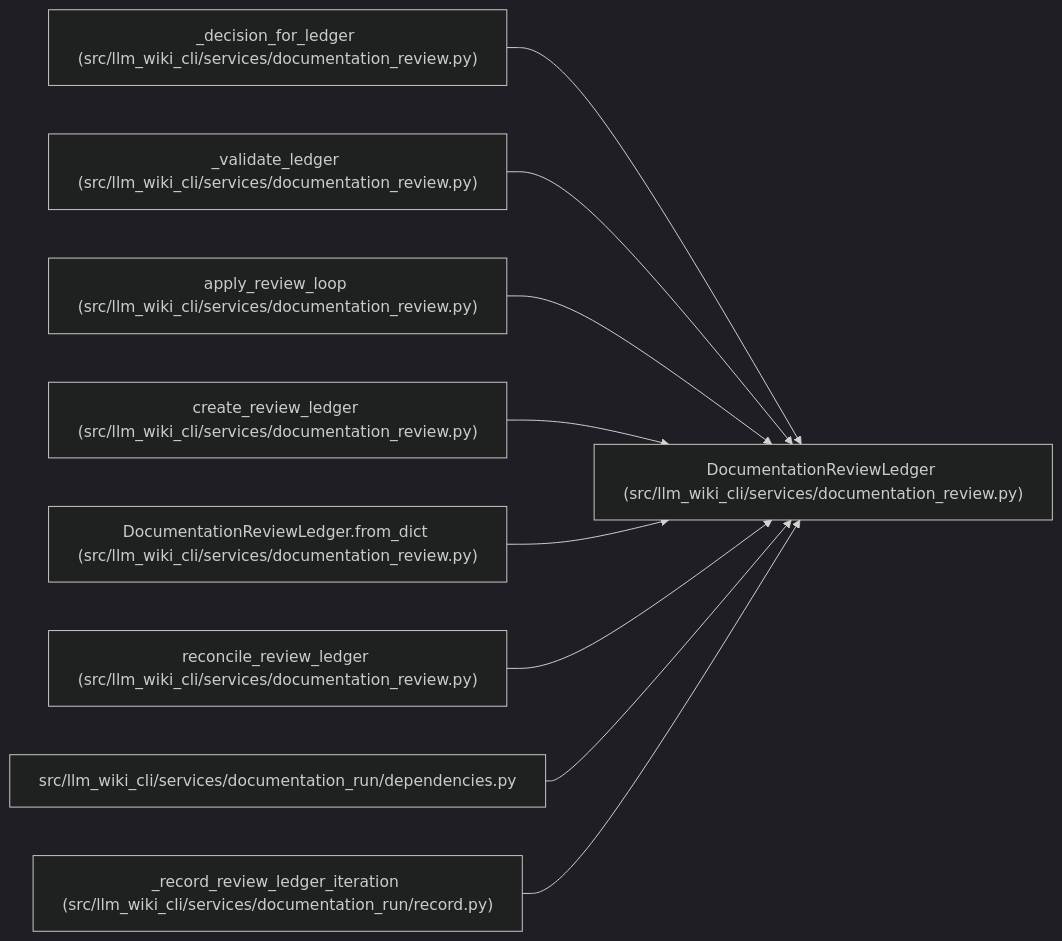
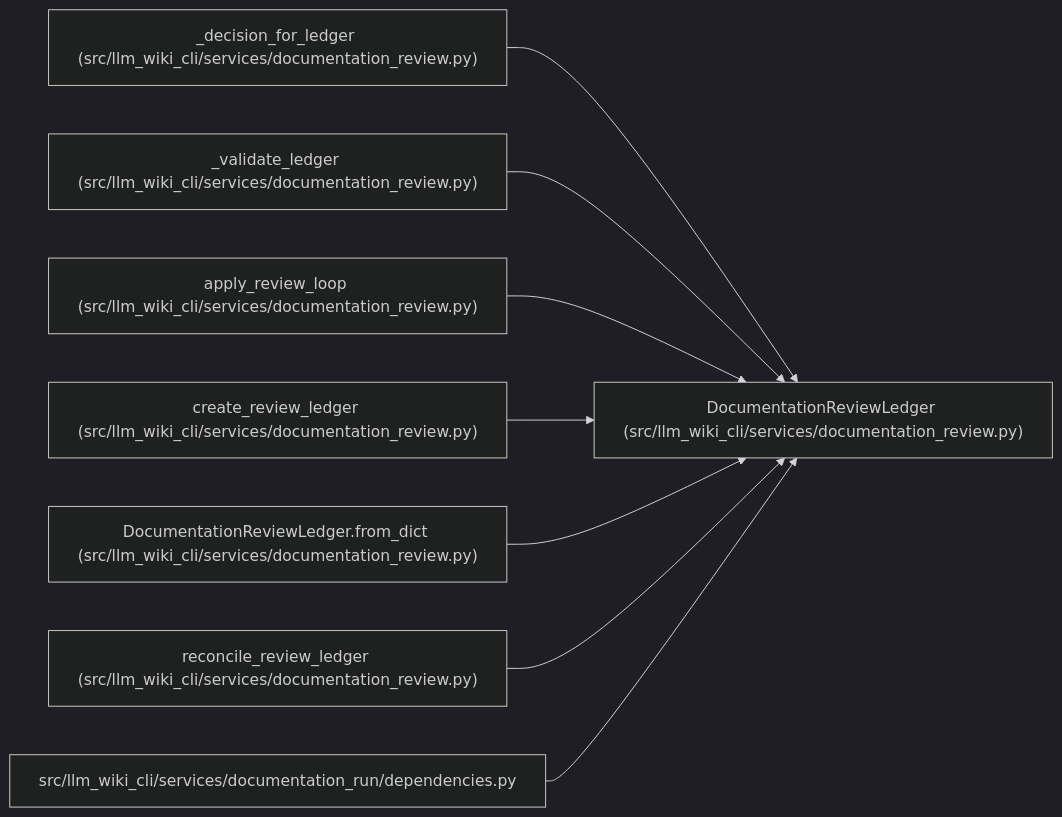
The diagram in docs/llm_wiki/entities/DocumentationReviewLedger.md (Denissvgn/python-wiki-llm), drawn with Mermaid (dark theme) before and after one commit. The commit also changed other lines of this file and 719 other files, not shown here.

````diff
--- a/docs/llm_wiki/entities/DocumentationReviewLedger.md
+++ b/docs/llm_wiki/entities/DocumentationReviewLedger.md
@@ -41,29 +41,26 @@
 ```mermaid
 flowchart LR
     n0["DocumentationReviewLedger (src/llm_wiki_cli/services/documentation_review.py)"]
     n1["_decision_for_ledger (src/llm_wiki_cli/services/documentation_review.py)"]
     n2["_validate_ledger (src/llm_wiki_cli/services/documentation_review.py)"]
     n3["apply_review_loop (src/llm_wiki_cli/services/documentation_review.py)"]
     n4["create_review_ledger (src/llm_wiki_cli/services/documentation_review.py)"]
     n5["DocumentationReviewLedger.from_dict (src/llm_wiki_cli/services/documentation_review.py)"]
     n6["reconcile_review_ledger (src/llm_wiki_cli/services/documentation_review.py)"]
     n7["src/llm_wiki_cli/services/documentation_run/dependencies.py"]
-    n8["_record_review_ledger_iteration (src/llm_wiki_cli/services/documentation_run/record.py)"]
     n1 --> n0
     n2 --> n0
     n3 --> n0
     n4 --> n0
     n5 --> n0
     n6 --> n0
     n7 --> n0
-    n8 --> n0
     click n0 "../modules/documentation_review.md"
     click n1 "../modules/documentation_review.md"
     click n2 "../modules/documentation_review.md"
     click n3 "../modules/documentation_review.md"
     click n4 "../modules/documentation_review.md"
     click n5 "../modules/documentation_review.md"
     click n6 "../modules/documentation_review.md"
     click n7 "../modules/documentation_run_dependencies.md"
-    click n8 "../modules/record.md"
 ```
````
